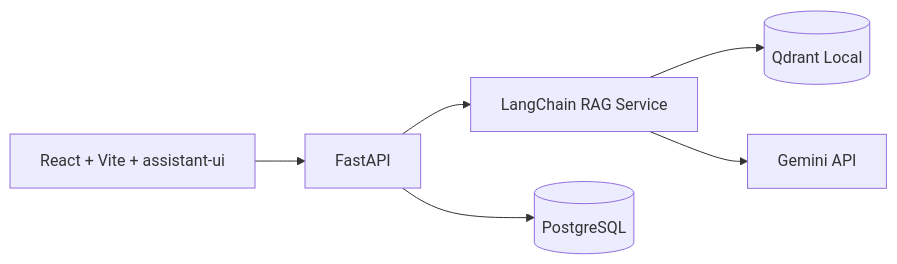
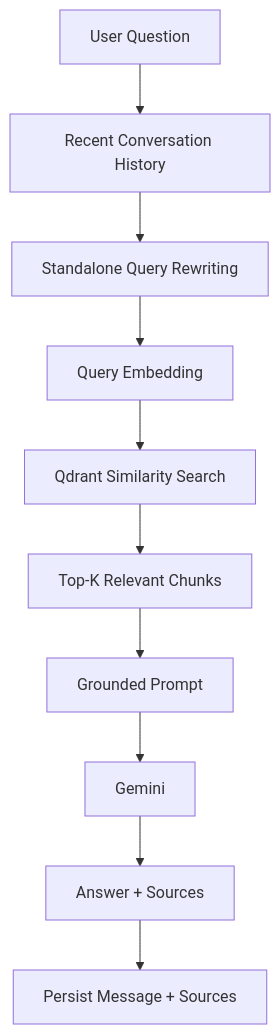
Before and after one commit to JohanMV/enterprise-rag-assistant: the third of 3 diagrams in README.md, drawn with Mermaid. The commit also changed other lines of this file and 11 other files, not shown here.

````diff
--- a/README.md
+++ b/README.md
@@ -64,8 +102,12 @@
 ```mermaid
-flowchart LR
-    UI[React + Vite + assistant-ui] --> API[FastAPI]
-    API --> RAG[LangChain RAG Service]
-    RAG --> VDB[(Qdrant Local)]
-    RAG --> LLM[Gemini API]
-    API --> PG[(PostgreSQL)]
+flowchart TD
+    A[User Question] --> B[Recent Conversation History]
+    B --> C[Standalone Query Rewriting]
+    C --> D[Query Embedding]
+    D --> E[Qdrant Similarity Search]
+    E --> F[Top-K Relevant Chunks]
+    F --> G[Grounded Prompt]
+    G --> H[Gemini]
+    H --> I[Answer + Sources]
+    I --> J[Persist Message + Sources]
 ```
````
